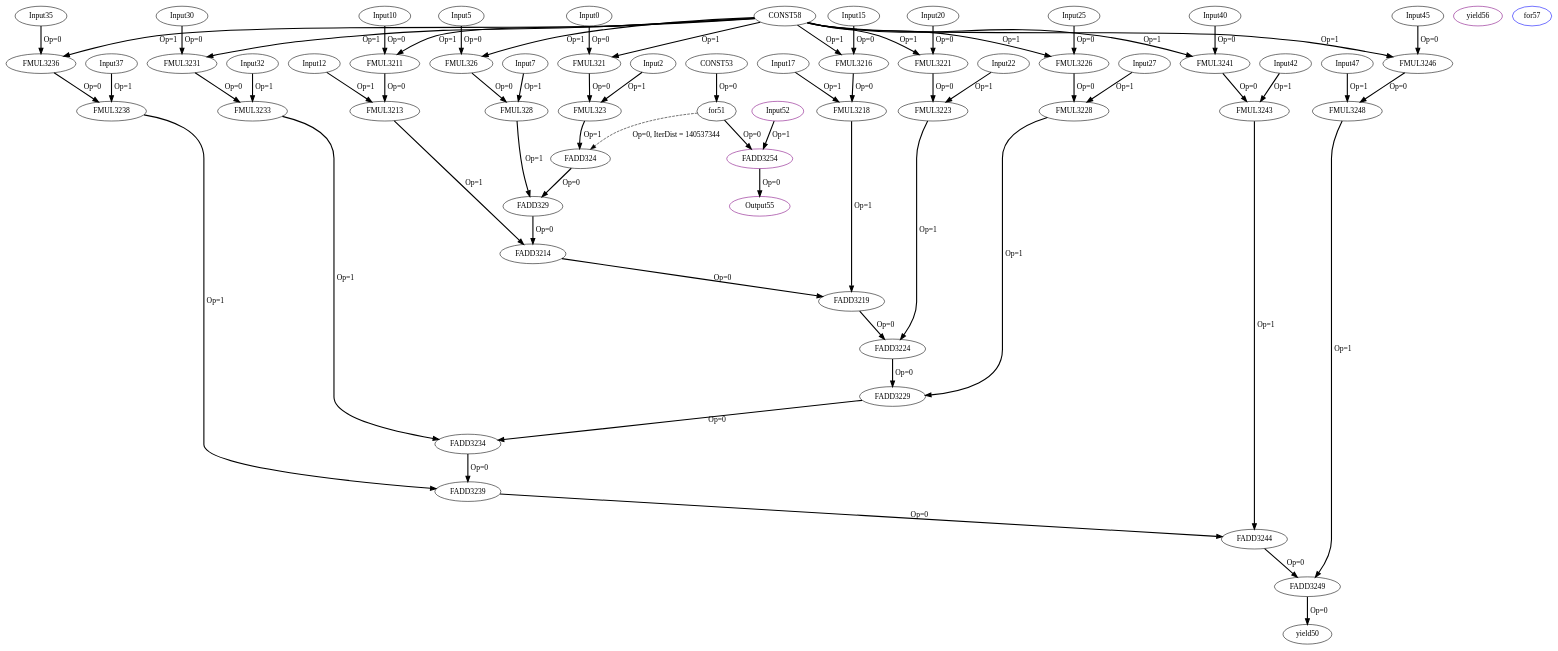
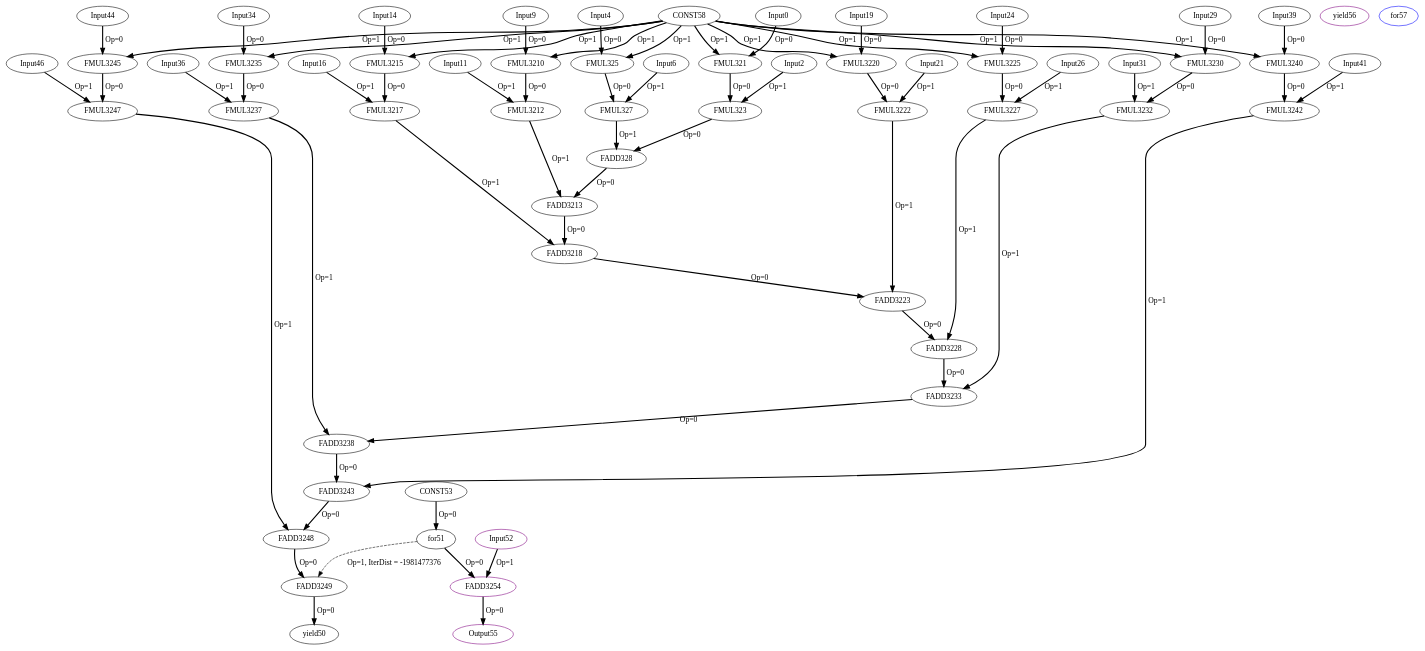
The diagram in experiment/Cbenchmarks/Polybench/linear-algebra/blas/gemm/IR/tempfiles/kernel_gemm_1_10_1_1_0_CDFG.dot (MIONkb/adora-compiler), drawn with Graphviz before and after one commit. The commit also changed 135 other files, not shown here.

```diff
--- a/experiment/Cbenchmarks/Polybench/linear-algebra/blas/gemm/IR/tempfiles/kernel_gemm_1_10_1_1_0_CDFG.dot
+++ b/experiment/Cbenchmarks/Polybench/linear-algebra/blas/gemm/IR/tempfiles/kernel_gemm_1_10_1_1_0_CDFG.dot
@@ -3,51 +3,51 @@
 FMUL321[opcode = "FMUL32", color = black];
 Input2[opcode = "Input", ref_name="kernel_gemm_1_2", size="3000", offset="0,0", pattern="1000,3,-1996,25", color = black];
 FMUL323[opcode = "FMUL32", color = black];
-FADD324[opcode = "FADD32", color = black];
-Input5[opcode = "Input", ref_name="kernel_gemm_1_1", size="120", offset="0,4", pattern="40,3,-80,25", color = black];
-FMUL326[opcode = "FMUL32", color = black];
-Input7[opcode = "Input", ref_name="kernel_gemm_1_2", size="3000", offset="0,100", pattern="1000,3,-1996,25", color = black];
-FMUL328[opcode = "FMUL32", color = black];
-FADD329[opcode = "FADD32", color = black];
-Input10[opcode = "Input", ref_name="kernel_gemm_1_1", size="120", offset="0,8", pattern="40,3,-80,25", color = black];
-FMUL3211[opcode = "FMUL32", color = black];
-Input12[opcode = "Input", ref_name="kernel_gemm_1_2", size="3000", offset="0,200", pattern="1000,3,-1996,25", color = black];
-FMUL3213[opcode = "FMUL32", color = black];
-FADD3214[opcode = "FADD32", color = black];
-Input15[opcode = "Input", ref_name="kernel_gemm_1_1", size="120", offset="0,12", pattern="40,3,-80,25", color = black];
-FMUL3216[opcode = "FMUL32", color = black];
-Input17[opcode = "Input", ref_name="kernel_gemm_1_2", size="3000", offset="0,300", pattern="1000,3,-1996,25", color = black];
-FMUL3218[opcode = "FMUL32", color = black];
-FADD3219[opcode = "FADD32", color = black];
-Input20[opcode = "Input", ref_name="kernel_gemm_1_1", size="120", offset="0,16", pattern="40,3,-80,25", color = black];
-FMUL3221[opcode = "FMUL32", color = black];
-Input22[opcode = "Input", ref_name="kernel_gemm_1_2", size="3000", offset="0,400", pattern="1000,3,-1996,25", color = black];
-FMUL3223[opcode = "FMUL32", color = black];
-FADD3224[opcode = "FADD32", color = black];
-Input25[opcode = "Input", ref_name="kernel_gemm_1_1", size="120", offset="0,20", pattern="40,3,-80,25", color = black];
-FMUL3226[opcode = "FMUL32", color = black];
-Input27[opcode = "Input", ref_name="kernel_gemm_1_2", size="3000", offset="0,500", pattern="1000,3,-1996,25", color = black];
-FMUL3228[opcode = "FMUL32", color = black];
-FADD3229[opcode = "FADD32", color = black];
-Input30[opcode = "Input", ref_name="kernel_gemm_1_1", size="120", offset="0,24", pattern="40,3,-80,25", color = black];
-FMUL3231[opcode = "FMUL32", color = black];
-Input32[opcode = "Input", ref_name="kernel_gemm_1_2", size="3000", offset="0,600", pattern="1000,3,-1996,25", color = black];
-FMUL3233[opcode = "FMUL32", color = black];
-FADD3234[opcode = "FADD32", color = black];
-Input35[opcode = "Input", ref_name="kernel_gemm_1_1", size="120", offset="0,28", pattern="40,3,-80,25", color = black];
-FMUL3236[opcode = "FMUL32", color = black];
-Input37[opcode = "Input", ref_name="kernel_gemm_1_2", size="3000", offset="0,700", pattern="1000,3,-1996,25", color = black];
-FMUL3238[opcode = "FMUL32", color = black];
-FADD3239[opcode = "FADD32", color = black];
-Input40[opcode = "Input", ref_name="kernel_gemm_1_1", size="120", offset="0,32", pattern="40,3,-80,25", color = black];
-FMUL3241[opcode = "FMUL32", color = black];
-Input42[opcode = "Input", ref_name="kernel_gemm_1_2", size="3000", offset="0,800", pattern="1000,3,-1996,25", color = black];
-FMUL3243[opcode = "FMUL32", color = black];
-FADD3244[opcode = "FADD32", color = black];
-Input45[opcode = "Input", ref_name="kernel_gemm_1_1", size="120", offset="0,36", pattern="40,3,-80,25", color = black];
-FMUL3246[opcode = "FMUL32", color = black];
-Input47[opcode = "Input", ref_name="kernel_gemm_1_2", size="3000", offset="0,900", pattern="1000,3,-1996,25", color = black];
-FMUL3248[opcode = "FMUL32", color = black];
+Input4[opcode = "Input", ref_name="kernel_gemm_1_1", size="120", offset="0,4", pattern="40,3,-80,25", color = black];
+FMUL325[opcode = "FMUL32", color = black];
+Input6[opcode = "Input", ref_name="kernel_gemm_1_2", size="3000", offset="0,100", pattern="1000,3,-1996,25", color = black];
+FMUL327[opcode = "FMUL32", color = black];
+FADD328[opcode = "FADD32", color = black];
+Input9[opcode = "Input", ref_name="kernel_gemm_1_1", size="120", offset="0,8", pattern="40,3,-80,25", color = black];
+FMUL3210[opcode = "FMUL32", color = black];
+Input11[opcode = "Input", ref_name="kernel_gemm_1_2", size="3000", offset="0,200", pattern="1000,3,-1996,25", color = black];
+FMUL3212[opcode = "FMUL32", color = black];
+FADD3213[opcode = "FADD32", color = black];
+Input14[opcode = "Input", ref_name="kernel_gemm_1_1", size="120", offset="0,12", pattern="40,3,-80,25", color = black];
+FMUL3215[opcode = "FMUL32", color = black];
+Input16[opcode = "Input", ref_name="kernel_gemm_1_2", size="3000", offset="0,300", pattern="1000,3,-1996,25", color = black];
+FMUL3217[opcode = "FMUL32", color = black];
+FADD3218[opcode = "FADD32", color = black];
+Input19[opcode = "Input", ref_name="kernel_gemm_1_1", size="120", offset="0,16", pattern="40,3,-80,25", color = black];
+FMUL3220[opcode = "FMUL32", color = black];
+Input21[opcode = "Input", ref_name="kernel_gemm_1_2", size="3000", offset="0,400", pattern="1000,3,-1996,25", color = black];
+FMUL3222[opcode = "FMUL32", color = black];
+FADD3223[opcode = "FADD32", color = black];
+Input24[opcode = "Input", ref_name="kernel_gemm_1_1", size="120", offset="0,20", pattern="40,3,-80,25", color = black];
+FMUL3225[opcode = "FMUL32", color = black];
+Input26[opcode = "Input", ref_name="kernel_gemm_1_2", size="3000", offset="0,500", pattern="1000,3,-1996,25", color = black];
+FMUL3227[opcode = "FMUL32", color = black];
+FADD3228[opcode = "FADD32", color = black];
+Input29[opcode = "Input", ref_name="kernel_gemm_1_1", size="120", offset="0,24", pattern="40,3,-80,25", color = black];
+FMUL3230[opcode = "FMUL32", color = black];
+Input31[opcode = "Input", ref_name="kernel_gemm_1_2", size="3000", offset="0,600", pattern="1000,3,-1996,25", color = black];
+FMUL3232[opcode = "FMUL32", color = black];
+FADD3233[opcode = "FADD32", color = black];
+Input34[opcode = "Input", ref_name="kernel_gemm_1_1", size="120", offset="0,28", pattern="40,3,-80,25", color = black];
+FMUL3235[opcode = "FMUL32", color = black];
+Input36[opcode = "Input", ref_name="kernel_gemm_1_2", size="3000", offset="0,700", pattern="1000,3,-1996,25", color = black];
+FMUL3237[opcode = "FMUL32", color = black];
+FADD3238[opcode = "FADD32", color = black];
+Input39[opcode = "Input", ref_name="kernel_gemm_1_1", size="120", offset="0,32", pattern="40,3,-80,25", color = black];
+FMUL3240[opcode = "FMUL32", color = black];
+Input41[opcode = "Input", ref_name="kernel_gemm_1_2", size="3000", offset="0,800", pattern="1000,3,-1996,25", color = black];
+FMUL3242[opcode = "FMUL32", color = black];
+FADD3243[opcode = "FADD32", color = black];
+Input44[opcode = "Input", ref_name="kernel_gemm_1_1", size="120", offset="0,36", pattern="40,3,-80,25", color = black];
+FMUL3245[opcode = "FMUL32", color = black];
+Input46[opcode = "Input", ref_name="kernel_gemm_1_2", size="3000", offset="0,900", pattern="1000,3,-1996,25", color = black];
+FMUL3247[opcode = "FMUL32", color = black];
+FADD3248[opcode = "FADD32", color = black];
 FADD3249[opcode = "FADD32", color = black];
 yield50[opcode = "yield", color = black];
 for51[opcode = "for", color = black];
@@ -62,62 +62,62 @@
 CONST58 -> FMUL321[color = black, style = bold, operand = 1, label = "Op=1"];
 FMUL321 -> FMUL323[color = black, style = bold, operand = 0, label = "Op=0"];
 Input2 -> FMUL323[color = black, style = bold, operand = 1, label = "Op=1"];
-for51 -> FADD324[color = black, style = dashed, operand = 0, iterdist = 140537344, label = "Op=0, IterDist = 140537344"];
-FMUL323 -> FADD324[color = black, style = bold, operand = 1, label = "Op=1"];
-Input5 -> FMUL326[color = black, style = bold, operand = 0, label = "Op=0"];
-CONST58 -> FMUL326[color = black, style = bold, operand = 1, label = "Op=1"];
-FMUL326 -> FMUL328[color = black, style = bold, operand = 0, label = "Op=0"];
-Input7 -> FMUL328[color = black, style = bold, operand = 1, label = "Op=1"];
-FADD324 -> FADD329[color = black, style = bold, operand = 0, label = "Op=0"];
-FMUL328 -> FADD329[color = black, style = bold, operand = 1, label = "Op=1"];
-Input10 -> FMUL3211[color = black, style = bold, operand = 0, label = "Op=0"];
-CONST58 -> FMUL3211[color = black, style = bold, operand = 1, label = "Op=1"];
-FMUL3211 -> FMUL3213[color = black, style = bold, operand = 0, label = "Op=0"];
-Input12 -> FMUL3213[color = black, style = bold, operand = 1, label = "Op=1"];
-FADD329 -> FADD3214[color = black, style = bold, operand = 0, label = "Op=0"];
-FMUL3213 -> FADD3214[color = black, style = bold, operand = 1, label = "Op=1"];
-Input15 -> FMUL3216[color = black, style = bold, operand = 0, label = "Op=0"];
-CONST58 -> FMUL3216[color = black, style = bold, operand = 1, label = "Op=1"];
-FMUL3216 -> FMUL3218[color = black, style = bold, operand = 0, label = "Op=0"];
-Input17 -> FMUL3218[color = black, style = bold, operand = 1, label = "Op=1"];
-FADD3214 -> FADD3219[color = black, style = bold, operand = 0, label = "Op=0"];
-FMUL3218 -> FADD3219[color = black, style = bold, operand = 1, label = "Op=1"];
-Input20 -> FMUL3221[color = black, style = bold, operand = 0, label = "Op=0"];
-CONST58 -> FMUL3221[color = black, style = bold, operand = 1, label = "Op=1"];
-FMUL3221 -> FMUL3223[color = black, style = bold, operand = 0, label = "Op=0"];
-Input22 -> FMUL3223[color = black, style = bold, operand = 1, label = "Op=1"];
-FADD3219 -> FADD3224[color = black, style = bold, operand = 0, label = "Op=0"];
-FMUL3223 -> FADD3224[color = black, style = bold, operand = 1, label = "Op=1"];
-Input25 -> FMUL3226[color = black, style = bold, operand = 0, label = "Op=0"];
-CONST58 -> FMUL3226[color = black, style = bold, operand = 1, label = "Op=1"];
-FMUL3226 -> FMUL3228[color = black, style = bold, operand = 0, label = "Op=0"];
-Input27 -> FMUL3228[color = black, style = bold, operand = 1, label = "Op=1"];
-FADD3224 -> FADD3229[color = black, style = bold, operand = 0, label = "Op=0"];
-FMUL3228 -> FADD3229[color = black, style = bold, operand = 1, label = "Op=1"];
-Input30 -> FMUL3231[color = black, style = bold, operand = 0, label = "Op=0"];
-CONST58 -> FMUL3231[color = black, style = bold, operand = 1, label = "Op=1"];
-FMUL3231 -> FMUL3233[color = black, style = bold, operand = 0, label = "Op=0"];
-Input32 -> FMUL3233[color = black, style = bold, operand = 1, label = "Op=1"];
-FADD3229 -> FADD3234[color = black, style = bold, operand = 0, label = "Op=0"];
-FMUL3233 -> FADD3234[color = black, style = bold, operand = 1, label = "Op=1"];
-Input35 -> FMUL3236[color = black, style = bold, operand = 0, label = "Op=0"];
-CONST58 -> FMUL3236[color = black, style = bold, operand = 1, label = "Op=1"];
-FMUL3236 -> FMUL3238[color = black, style = bold, operand = 0, label = "Op=0"];
-Input37 -> FMUL3238[color = black, style = bold, operand = 1, label = "Op=1"];
-FADD3234 -> FADD3239[color = black, style = bold, operand = 0, label = "Op=0"];
-FMUL3238 -> FADD3239[color = black, style = bold, operand = 1, label = "Op=1"];
-Input40 -> FMUL3241[color = black, style = bold, operand = 0, label = "Op=0"];
-CONST58 -> FMUL3241[color = black, style = bold, operand = 1, label = "Op=1"];
-FMUL3241 -> FMUL3243[color = black, style = bold, operand = 0, label = "Op=0"];
-Input42 -> FMUL3243[color = black, style = bold, operand = 1, label = "Op=1"];
-FADD3239 -> FADD3244[color = black, style = bold, operand = 0, label = "Op=0"];
-FMUL3243 -> FADD3244[color = black, style = bold, operand = 1, label = "Op=1"];
-Input45 -> FMUL3246[color = black, style = bold, operand = 0, label = "Op=0"];
-CONST58 -> FMUL3246[color = black, style = bold, operand = 1, label = "Op=1"];
-FMUL3246 -> FMUL3248[color = black, style = bold, operand = 0, label = "Op=0"];
-Input47 -> FMUL3248[color = black, style = bold, operand = 1, label = "Op=1"];
-FADD3244 -> FADD3249[color = black, style = bold, operand = 0, label = "Op=0"];
-FMUL3248 -> FADD3249[color = black, style = bold, operand = 1, label = "Op=1"];
+Input4 -> FMUL325[color = black, style = bold, operand = 0, label = "Op=0"];
+CONST58 -> FMUL325[color = black, style = bold, operand = 1, label = "Op=1"];
+FMUL325 -> FMUL327[color = black, style = bold, operand = 0, label = "Op=0"];
+Input6 -> FMUL327[color = black, style = bold, operand = 1, label = "Op=1"];
+FMUL323 -> FADD328[color = black, style = bold, operand = 0, label = "Op=0"];
+FMUL327 -> FADD328[color = black, style = bold, operand = 1, label = "Op=1"];
+Input9 -> FMUL3210[color = black, style = bold, operand = 0, label = "Op=0"];
+CONST58 -> FMUL3210[color = black, style = bold, operand = 1, label = "Op=1"];
+FMUL3210 -> FMUL3212[color = black, style = bold, operand = 0, label = "Op=0"];
+Input11 -> FMUL3212[color = black, style = bold, operand = 1, label = "Op=1"];
+FADD328 -> FADD3213[color = black, style = bold, operand = 0, label = "Op=0"];
+FMUL3212 -> FADD3213[color = black, style = bold, operand = 1, label = "Op=1"];
+Input14 -> FMUL3215[color = black, style = bold, operand = 0, label = "Op=0"];
+CONST58 -> FMUL3215[color = black, style = bold, operand = 1, label = "Op=1"];
+FMUL3215 -> FMUL3217[color = black, style = bold, operand = 0, label = "Op=0"];
+Input16 -> FMUL3217[color = black, style = bold, operand = 1, label = "Op=1"];
+FADD3213 -> FADD3218[color = black, style = bold, operand = 0, label = "Op=0"];
+FMUL3217 -> FADD3218[color = black, style = bold, operand = 1, label = "Op=1"];
+Input19 -> FMUL3220[color = black, style = bold, operand = 0, label = "Op=0"];
+CONST58 -> FMUL3220[color = black, style = bold, operand = 1, label = "Op=1"];
+FMUL3220 -> FMUL3222[color = black, style = bold, operand = 0, label = "Op=0"];
+Input21 -> FMUL3222[color = black, style = bold, operand = 1, label = "Op=1"];
+FADD3218 -> FADD3223[color = black, style = bold, operand = 0, label = "Op=0"];
+FMUL3222 -> FADD3223[color = black, style = bold, operand = 1, label = "Op=1"];
+Input24 -> FMUL3225[color = black, style = bold, operand = 0, label = "Op=0"];
+CONST58 -> FMUL3225[color = black, style = bold, operand = 1, label = "Op=1"];
+FMUL3225 -> FMUL3227[color = black, style = bold, operand = 0, label = "Op=0"];
+Input26 -> FMUL3227[color = black, style = bold, operand = 1, label = "Op=1"];
+FADD3223 -> FADD3228[color = black, style = bold, operand = 0, label = "Op=0"];
+FMUL3227 -> FADD3228[color = black, style = bold, operand = 1, label = "Op=1"];
+Input29 -> FMUL3230[color = black, style = bold, operand = 0, label = "Op=0"];
+CONST58 -> FMUL3230[color = black, style = bold, operand = 1, label = "Op=1"];
+FMUL3230 -> FMUL3232[color = black, style = bold, operand = 0, label = "Op=0"];
+Input31 -> FMUL3232[color = black, style = bold, operand = 1, label = "Op=1"];
+FADD3228 -> FADD3233[color = black, style = bold, operand = 0, label = "Op=0"];
+FMUL3232 -> FADD3233[color = black, style = bold, operand = 1, label = "Op=1"];
+Input34 -> FMUL3235[color = black, style = bold, operand = 0, label = "Op=0"];
+CONST58 -> FMUL3235[color = black, style = bold, operand = 1, label = "Op=1"];
+FMUL3235 -> FMUL3237[color = black, style = bold, operand = 0, label = "Op=0"];
+Input36 -> FMUL3237[color = black, style = bold, operand = 1, label = "Op=1"];
+FADD3233 -> FADD3238[color = black, style = bold, operand = 0, label = "Op=0"];
+FMUL3237 -> FADD3238[color = black, style = bold, operand = 1, label = "Op=1"];
+Input39 -> FMUL3240[color = black, style = bold, operand = 0, label = "Op=0"];
+CONST58 -> FMUL3240[color = black, style = bold, operand = 1, label = "Op=1"];
+FMUL3240 -> FMUL3242[color = black, style = bold, operand = 0, label = "Op=0"];
+Input41 -> FMUL3242[color = black, style = bold, operand = 1, label = "Op=1"];
+FADD3238 -> FADD3243[color = black, style = bold, operand = 0, label = "Op=0"];
+FMUL3242 -> FADD3243[color = black, style = bold, operand = 1, label = "Op=1"];
+Input44 -> FMUL3245[color = black, style = bold, operand = 0, label = "Op=0"];
+CONST58 -> FMUL3245[color = black, style = bold, operand = 1, label = "Op=1"];
+FMUL3245 -> FMUL3247[color = black, style = bold, operand = 0, label = "Op=0"];
+Input46 -> FMUL3247[color = black, style = bold, operand = 1, label = "Op=1"];
+FADD3243 -> FADD3248[color = black, style = bold, operand = 0, label = "Op=0"];
+FMUL3247 -> FADD3248[color = black, style = bold, operand = 1, label = "Op=1"];
+FADD3248 -> FADD3249[color = black, style = bold, operand = 0, label = "Op=0"];
+for51 -> FADD3249[color = black, style = dashed, operand = 1, iterdist = -1981477376, label = "Op=1, IterDist = -1981477376"];
 FADD3249 -> yield50[color = black, style = bold, operand = 0, label = "Op=0"];
 CONST53 -> for51[color = black, style = bold, operand = 0, label = "Op=0"];
 for51 -> FADD3254[color = black, style = bold, operand = 0, label = "Op=0"];
```
